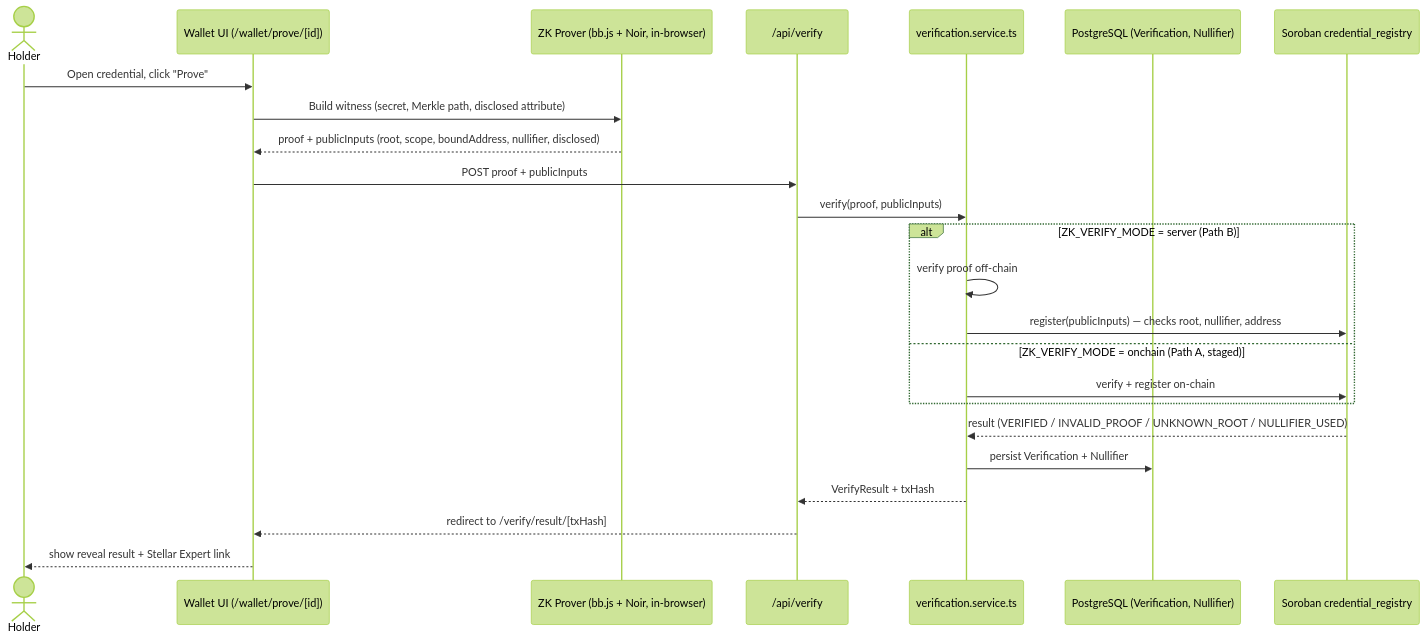
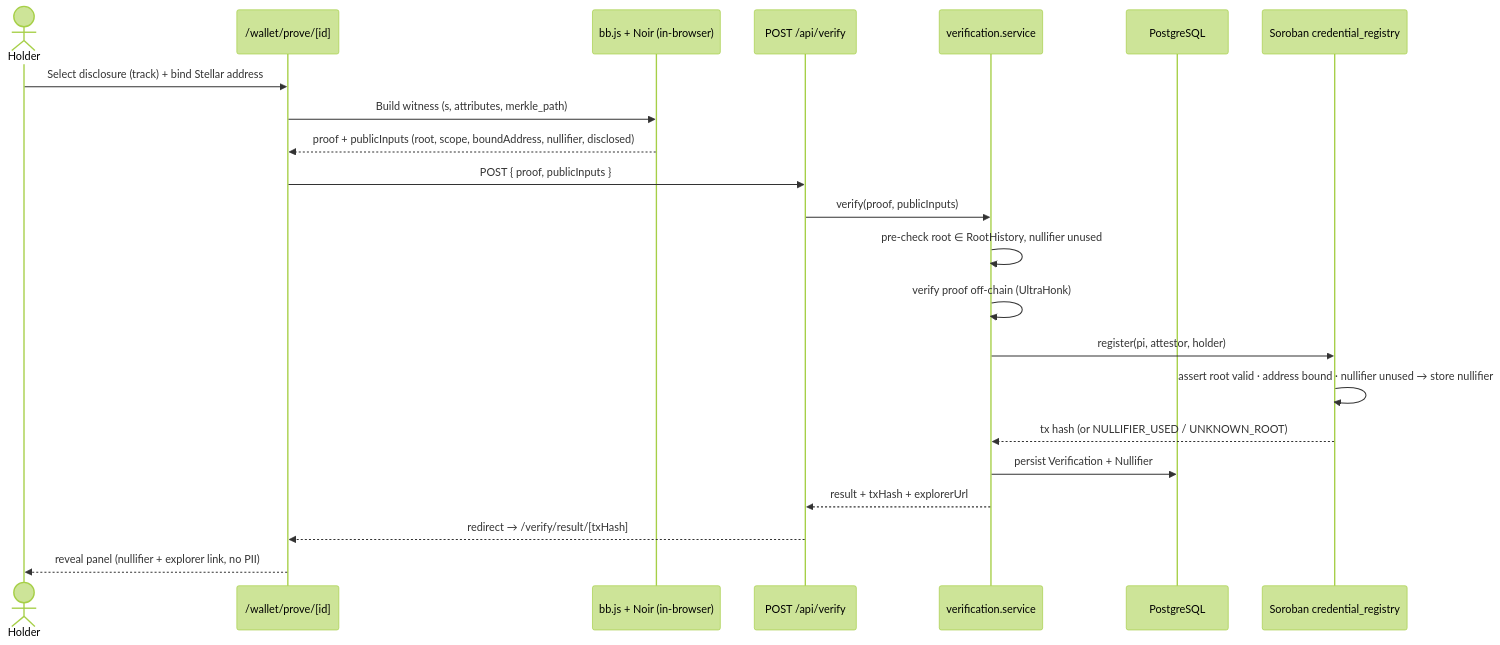
One commit to princeVillamil/zelyo changed the second of 5 diagrams in README.md. Above: the diagram before and after it, drawn with Mermaid (forest theme). The commit also changed other lines of this file, not shown here.

First line of the commit message:
docs: update README to reflect current state + Stellar impact

````diff
--- a/README.md
+++ b/README.md
@@ -141,27 +124,25 @@
 ```mermaid
 sequenceDiagram
     actor Holder
-    participant UI as Wallet UI (/wallet/prove/[id])
-    participant Prover as ZK Prover (bb.js + Noir, in-browser)
-    participant API as /api/verify
-    participant VerifySvc as verification.service.ts
-    participant DB as PostgreSQL (Verification, Nullifier)
-    participant Registry as Soroban credential_registry
+    participant UI as /wallet/prove/[id]
+    participant Prover as bb.js + Noir (in-browser)
+    participant API as POST /api/verify
+    participant VSvc as verification.service
+    participant DB as PostgreSQL
+    participant Reg as Soroban credential_registry
 
-    Holder->>UI: Open credential, click "Prove"
-    UI->>Prover: Build witness (secret, Merkle path, disclosed attribute)
+    Holder->>UI: Select disclosure (track) + bind Stellar address
+    UI->>Prover: Build witness (s, attributes, merkle_path)
     Prover-->>UI: proof + publicInputs (root, scope, boundAddress, nullifier, disclosed)
-    UI->>API: POST proof + publicInputs
-    API->>VerifySvc: verify(proof, publicInputs)
-    alt ZK_VERIFY_MODE = server (Path B)
-        VerifySvc->>VerifySvc: verify proof off-chain
-        VerifySvc->>Registry: register(publicInputs) — checks root, nullifier, address
-    else ZK_VERIFY_MODE = onchain (Path A, staged)
-        VerifySvc->>Registry: verify + register on-chain
-    end
-    Registry-->>VerifySvc: result (VERIFIED / INVALID_PROOF / UNKNOWN_ROOT / NULLIFIER_USED)
-    VerifySvc->>DB: persist Verification + Nullifier
-    VerifySvc-->>API: VerifyResult + txHash
-    API-->>UI: redirect to /verify/result/[txHash]
-    UI-->>Holder: show reveal result + Stellar Expert link
+    UI->>API: POST { proof, publicInputs }
+    API->>VSvc: verify(proof, publicInputs)
+    VSvc->>VSvc: pre-check root ∈ RootHistory, nullifier unused
+    VSvc->>VSvc: verify proof off-chain (UltraHonk)
+    VSvc->>Reg: register(pi, attestor, holder)
+    Reg->>Reg: assert root valid · address bound · nullifier unused → store nullifier
+    Reg-->>VSvc: tx hash (or NULLIFIER_USED / UNKNOWN_ROOT)
+    VSvc->>DB: persist Verification + Nullifier
+    VSvc-->>API: result + txHash + explorerUrl
+    API-->>UI: redirect → /verify/result/[txHash]
+    UI-->>Holder: reveal panel (nullifier + explorer link, no PII)
 ```
````
